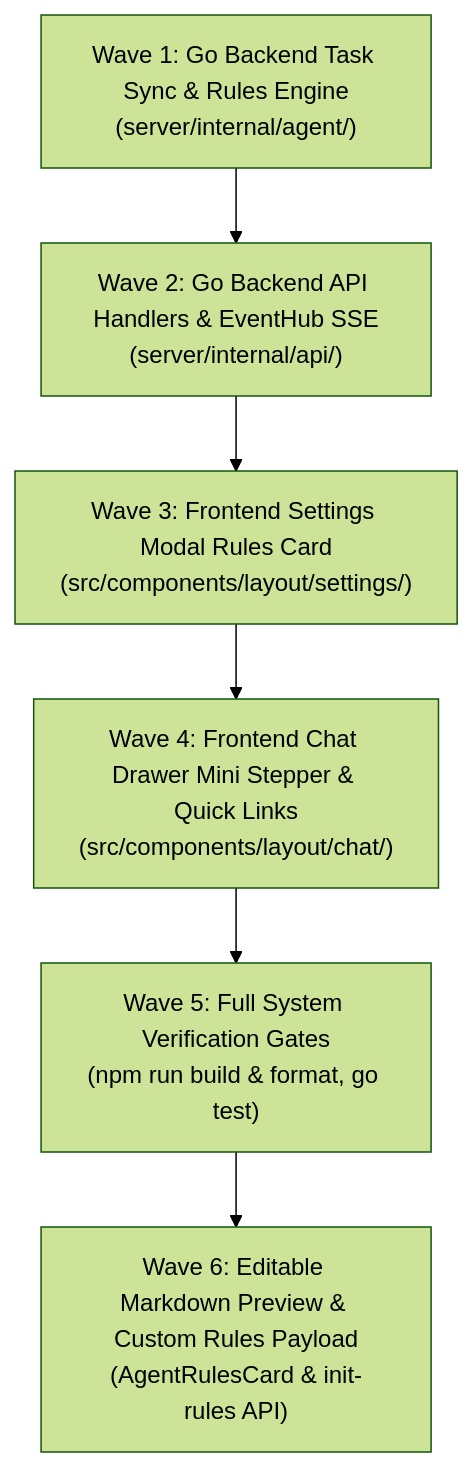
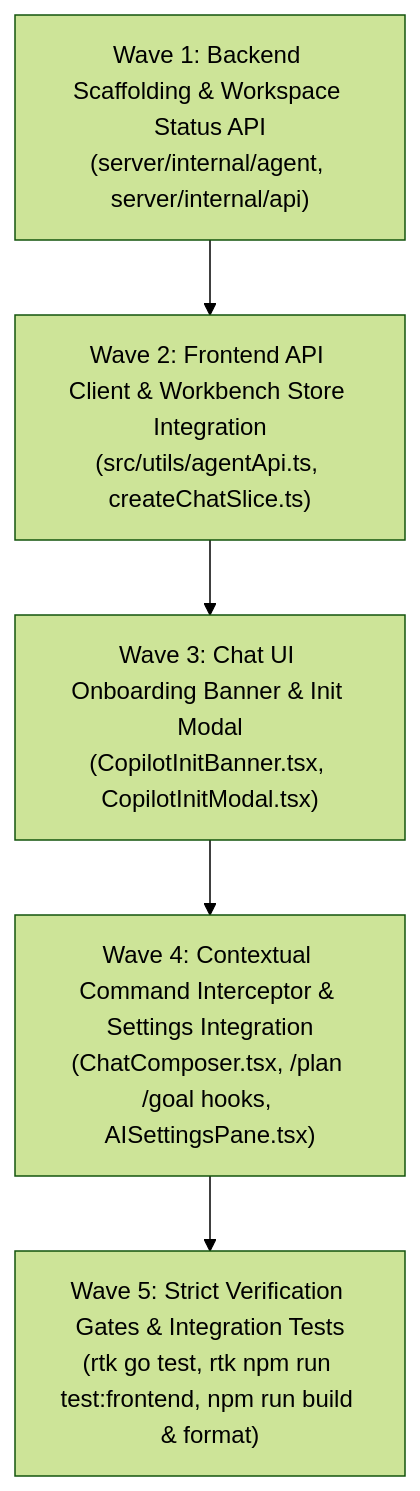
One commit to aditlab-code/AegisCode changed the diagram in task/0-Table-Phase.md. Above: the diagram before and after it, drawn with Mermaid (forest theme). The commit also changed other lines of this file and 38 other files, not shown here.

First line of the commit message:
feat(agent): add workspace copilot init, persona detection, and chat layout fix

````diff
--- a/task/0-Table-Phase.md
+++ b/task/0-Table-Phase.md
@@ -14,8 +14,7 @@
 ```mermaid
 flowchart TD
-    W1["Wave 1: Go Backend Task Sync & Rules Engine<br/>(server/internal/agent/)"] --> W2["Wave 2: Go Backend API Handlers & EventHub SSE<br/>(server/internal/api/)"]
-    W2 --> W3["Wave 3: Frontend Settings Modal Rules Card<br/>(src/components/layout/settings/)"]
-    W3 --> W4["Wave 4: Frontend Chat Drawer Mini Stepper & Quick Links<br/>(src/components/layout/chat/)"]
-    W4 --> W5["Wave 5: Full System Verification Gates<br/>(npm run build & format, go test)"]
-    W5 --> W6["Wave 6: Editable Markdown Preview & Custom Rules Payload<br/>(AgentRulesCard & init-rules API)"]
+    W1["Wave 1: Backend Scaffolding & Workspace Status API<br/>(server/internal/agent, server/internal/api)"] --> W2["Wave 2: Frontend API Client & Workbench Store Integration<br/>(src/utils/agentApi.ts, createChatSlice.ts)"]
+    W2 --> W3["Wave 3: Chat UI Onboarding Banner & Init Modal<br/>(CopilotInitBanner.tsx, CopilotInitModal.tsx)"]
+    W3 --> W4["Wave 4: Contextual Command Interceptor & Settings Integration<br/>(ChatComposer.tsx, /plan /goal hooks, AISettingsPane.tsx)"]
+    W4 --> W5["Wave 5: Strict Verification Gates & Integration Tests<br/>(rtk go test, rtk npm run test:frontend, npm run build & format)"]
 ```
````
